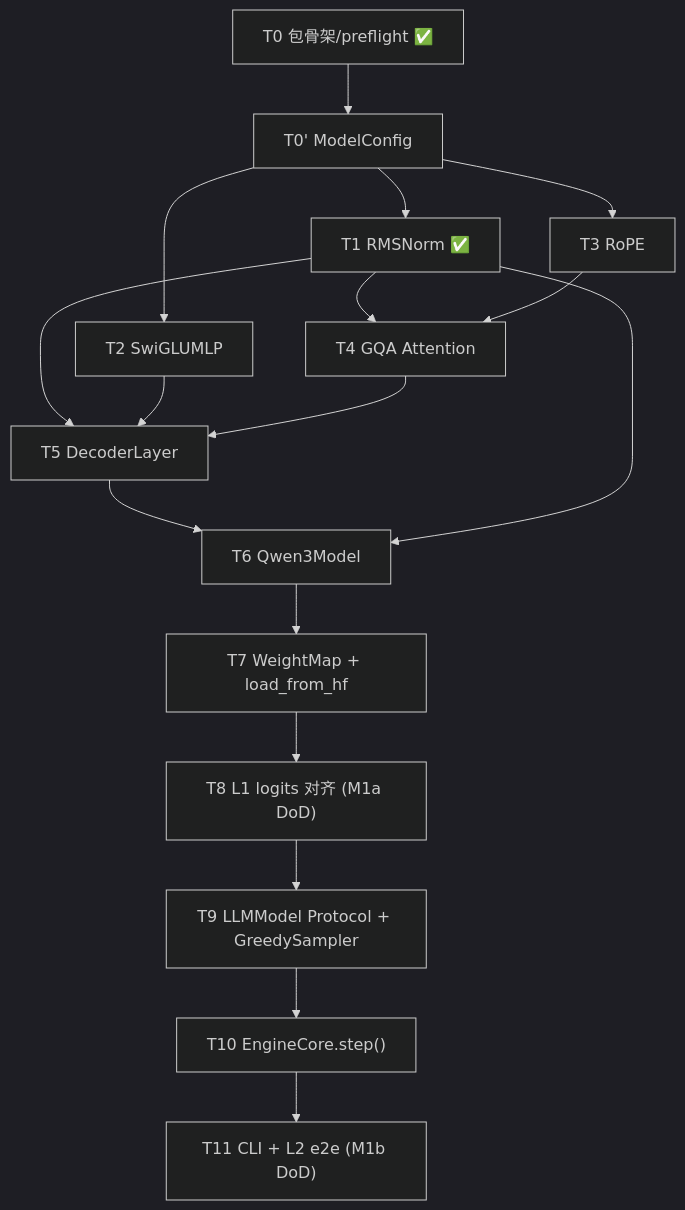
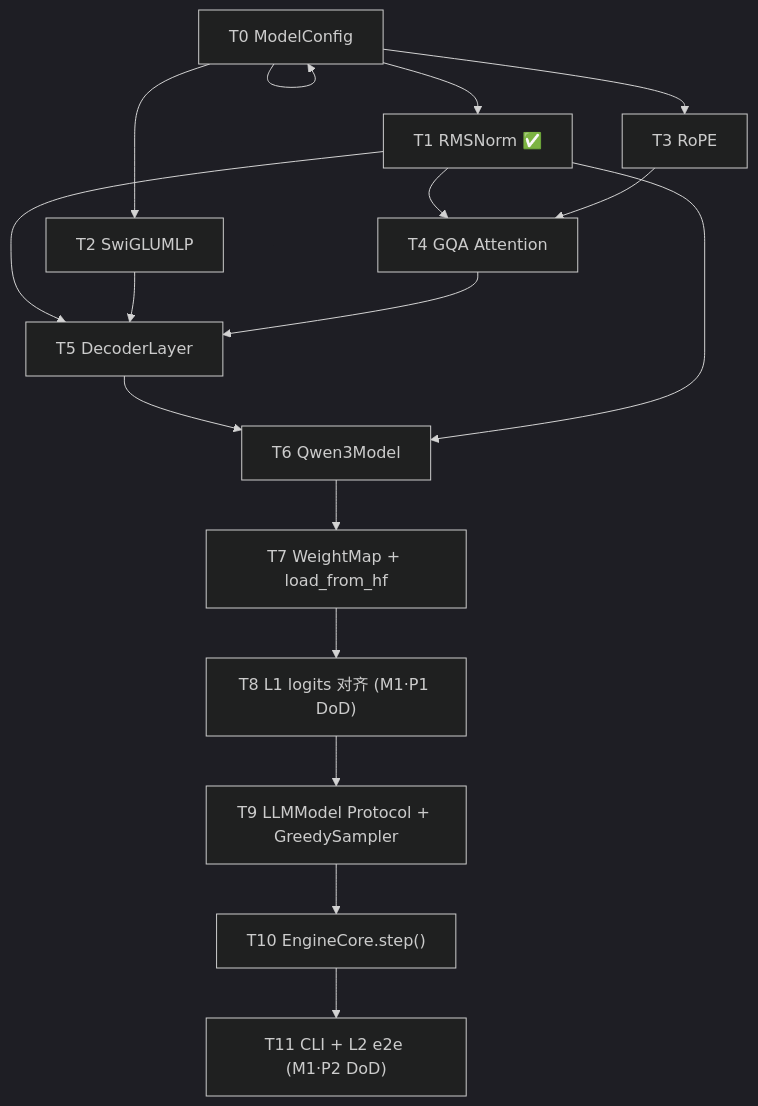
One commit to luhao-lab/inferlite changed the diagram in docs/1-plan/M1.md. Above: the diagram before and after it, drawn with Mermaid (dark theme). The commit also changed other lines of this file and 13 other files, not shown here.

````diff
--- a/docs/1-plan/M1.md
+++ b/docs/1-plan/M1.md
@@ -139,33 +139,33 @@
 ```mermaid
 graph TD
     T0["T0 包骨架/preflight ✅"]
-    T0p["T0' ModelConfig"]
+    T0["T0 ModelConfig"]
     T1["T1 RMSNorm ✅"]
     T2["T2 SwiGLUMLP"]
     T3["T3 RoPE"]
     T4["T4 GQA Attention"]
     T5["T5 DecoderLayer"]
     T6["T6 Qwen3Model"]
     T7["T7 WeightMap + load_from_hf"]
-    T8["T8 L1 logits 对齐 (M1a DoD)"]
+    T8["T8 L1 logits 对齐 (M1·P1 DoD)"]
     T9["T9 LLMModel Protocol + GreedySampler"]
     T10["T10 EngineCore.step()"]
-    T11["T11 CLI + L2 e2e (M1b DoD)"]
+    T11["T11 CLI + L2 e2e (M1·P2 DoD)"]
 
-    T0 --> T0p
-    T0p --> T1
-    T0p --> T2
-    T0p --> T3
+    T0 --> T0
+    T0 --> T1
+    T0 --> T2
+    T0 --> T3
     T1 --> T4
     T3 --> T4
     T1 --> T5
     T2 --> T5
     T4 --> T5
     T5 --> T6
     T1 --> T6
     T6 --> T7
     T7 --> T8
     T8 --> T9
     T9 --> T10
     T10 --> T11
 ```
````
